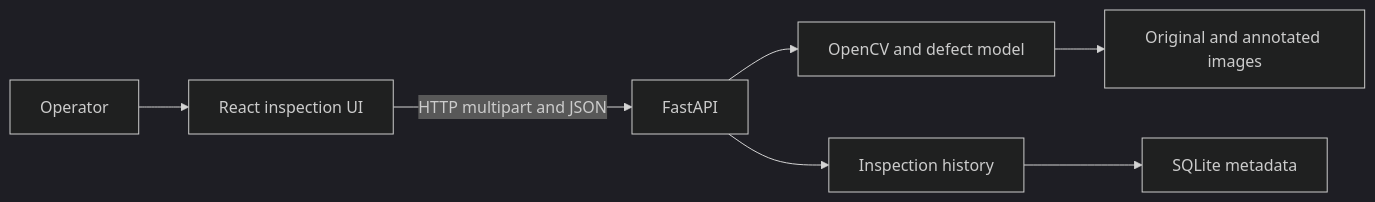
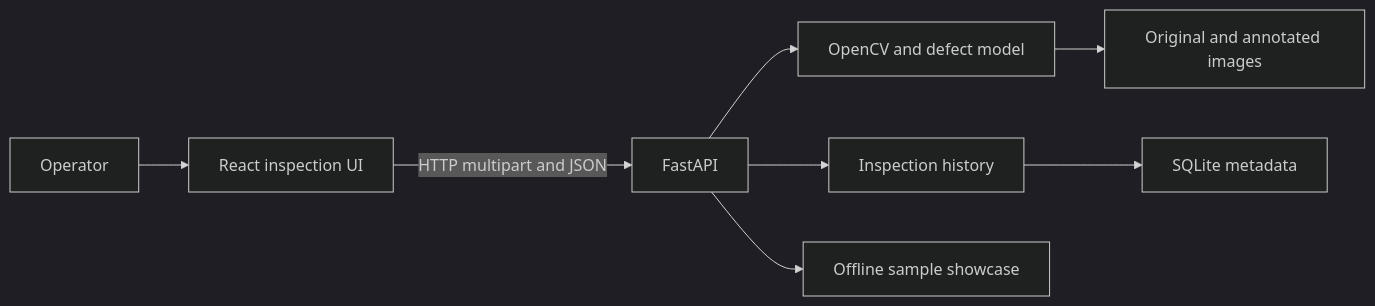
One commit to legion2440/inspect-vision changed the first of 2 diagrams in ARCHITECTURE.md. Above: the diagram before and after it, drawn with Mermaid (dark theme). The commit also changed other lines of this file and 35 other files, not shown here.

Commit message:
feat(samples): add model-aware inspection showcase

````diff
--- a/ARCHITECTURE.md
+++ b/ARCHITECTURE.md
@@ -17,9 +15,10 @@
 ```mermaid
 flowchart LR
     Operator["Operator"] --> Frontend["React inspection UI"]
     Frontend -->|"HTTP multipart and JSON"| API["FastAPI"]
     API --> Detection["OpenCV and defect model"]
     API --> History["Inspection history"]
+    API --> Samples["Offline sample showcase"]
     Detection --> Media["Original and annotated images"]
     History --> Database["SQLite metadata"]
 ```
````
